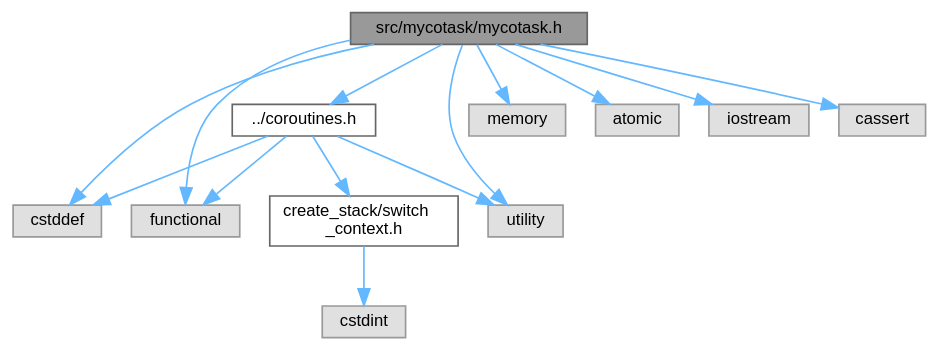
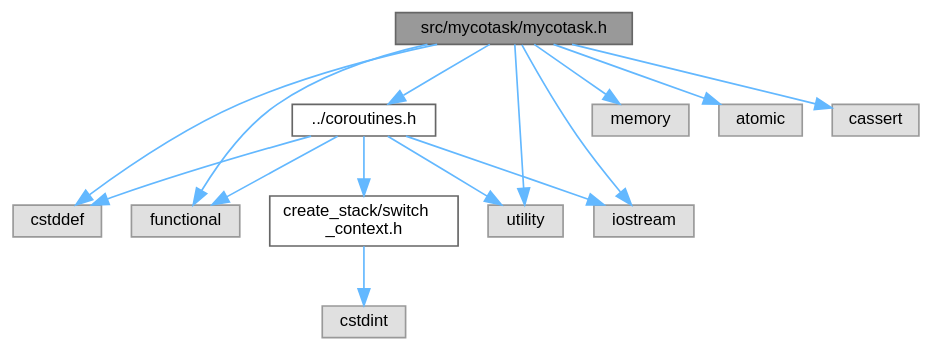
One commit to lalkaman1981/coroutins changed the diagram in mycotask_8h__incl.dot. Above: the diagram before and after it, drawn with Graphviz. The commit also changed 16 other files, not shown here.

```diff
--- a/mycotask_8h__incl.dot
+++ b/mycotask_8h__incl.dot
@@ -1,31 +1,32 @@
 digraph "src/mycotask/mycotask.h"
 {
  // LATEX_PDF_SIZE
   bgcolor="transparent";
   edge [fontname=Helvetica,fontsize=10,labelfontname=Helvetica,labelfontsize=10];
   node [fontname=Helvetica,fontsize=10,shape=box,height=0.2,width=0.4];
   Node1 [id="Node000001",label="src/mycotask/mycotask.h",height=0.2,width=0.4,color="gray40", fillcolor="grey60", style="filled", fontcolor="black",tooltip="Stackful coroutine implementation with cooperative multitasking."];
   Node1 -> Node2 [id="edge1_Node000001_Node000002",color="steelblue1",style="solid",tooltip=" "];
   Node2 [id="Node000002",label="cstddef",height=0.2,width=0.4,color="grey60", fillcolor="#E0E0E0", style="filled",tooltip=" "];
   Node1 -> Node3 [id="edge2_Node000001_Node000003",color="steelblue1",style="solid",tooltip=" "];
   Node3 [id="Node000003",label="functional",height=0.2,width=0.4,color="grey60", fillcolor="#E0E0E0", style="filled",tooltip=" "];
   Node1 -> Node4 [id="edge3_Node000001_Node000004",color="steelblue1",style="solid",tooltip=" "];
   Node4 [id="Node000004",label="memory",height=0.2,width=0.4,color="grey60", fillcolor="#E0E0E0", style="filled",tooltip=" "];
   Node1 -> Node5 [id="edge4_Node000001_Node000005",color="steelblue1",style="solid",tooltip=" "];
   Node5 [id="Node000005",label="atomic",height=0.2,width=0.4,color="grey60", fillcolor="#E0E0E0", style="filled",tooltip=" "];
   Node1 -> Node6 [id="edge5_Node000001_Node000006",color="steelblue1",style="solid",tooltip=" "];
   Node6 [id="Node000006",label="../coroutines.h",height=0.2,width=0.4,color="grey40", fillcolor="white", style="filled",URL="$coroutines_8h.html",tooltip="Main coroutine API header."];
   Node6 -> Node2 [id="edge6_Node000006_Node000002",color="steelblue1",style="solid",tooltip=" "];
   Node6 -> Node3 [id="edge7_Node000006_Node000003",color="steelblue1",style="solid",tooltip=" "];
   Node6 -> Node7 [id="edge8_Node000006_Node000007",color="steelblue1",style="solid",tooltip=" "];
   Node7 [id="Node000007",label="utility",height=0.2,width=0.4,color="grey60", fillcolor="#E0E0E0", style="filled",tooltip=" "];
   Node6 -> Node8 [id="edge9_Node000006_Node000008",color="steelblue1",style="solid",tooltip=" "];
-  Node8 [id="Node000008",label="create_stack/switch\l_context.h",height=0.2,width=0.4,color="grey40", fillcolor="white", style="filled",URL="$switch__context_8h.html",tooltip="Core data structures for coroutine context switching."];
-  Node8 -> Node9 [id="edge10_Node000008_Node000009",color="steelblue1",style="solid",tooltip=" "];
-  Node9 [id="Node000009",label="cstdint",height=0.2,width=0.4,color="grey60", fillcolor="#E0E0E0", style="filled",tooltip=" "];
-  Node1 -> Node10 [id="edge11_Node000001_Node000010",color="steelblue1",style="solid",tooltip=" "];
-  Node10 [id="Node000010",label="iostream",height=0.2,width=0.4,color="grey60", fillcolor="#E0E0E0", style="filled",tooltip=" "];
-  Node1 -> Node7 [id="edge12_Node000001_Node000007",color="steelblue1",style="solid",tooltip=" "];
-  Node1 -> Node11 [id="edge13_Node000001_Node000011",color="steelblue1",style="solid",tooltip=" "];
+  Node8 [id="Node000008",label="iostream",height=0.2,width=0.4,color="grey60", fillcolor="#E0E0E0", style="filled",tooltip=" "];
+  Node6 -> Node9 [id="edge10_Node000006_Node000009",color="steelblue1",style="solid",tooltip=" "];
+  Node9 [id="Node000009",label="create_stack/switch\l_context.h",height=0.2,width=0.4,color="grey40", fillcolor="white", style="filled",URL="$switch__context_8h.html",tooltip="Core data structures for coroutine context switching."];
+  Node9 -> Node10 [id="edge11_Node000009_Node000010",color="steelblue1",style="solid",tooltip=" "];
+  Node10 [id="Node000010",label="cstdint",height=0.2,width=0.4,color="grey60", fillcolor="#E0E0E0", style="filled",tooltip=" "];
+  Node1 -> Node8 [id="edge12_Node000001_Node000008",color="steelblue1",style="solid",tooltip=" "];
+  Node1 -> Node7 [id="edge13_Node000001_Node000007",color="steelblue1",style="solid",tooltip=" "];
+  Node1 -> Node11 [id="edge14_Node000001_Node000011",color="steelblue1",style="solid",tooltip=" "];
   Node11 [id="Node000011",label="cassert",height=0.2,width=0.4,color="grey60", fillcolor="#E0E0E0", style="filled",tooltip=" "];
 }
```
